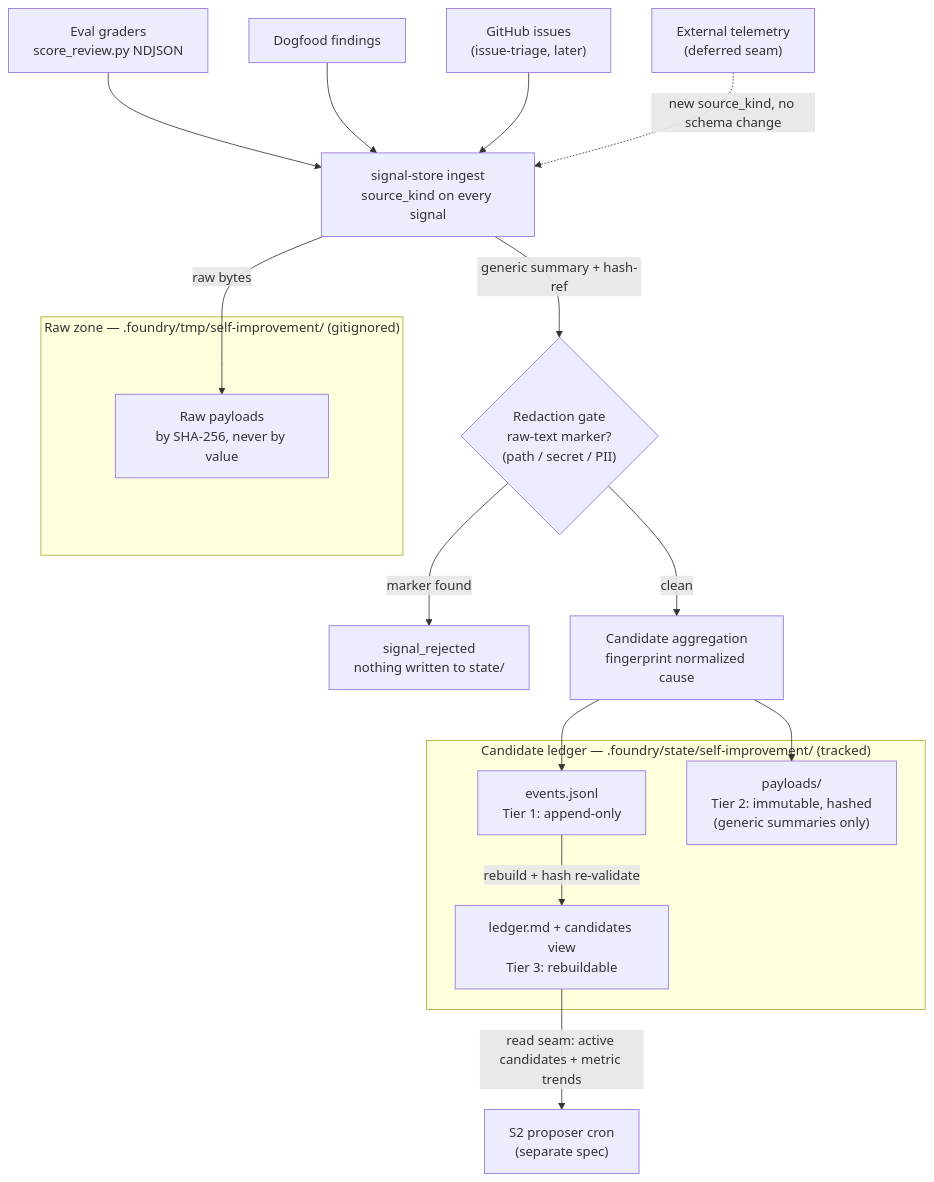
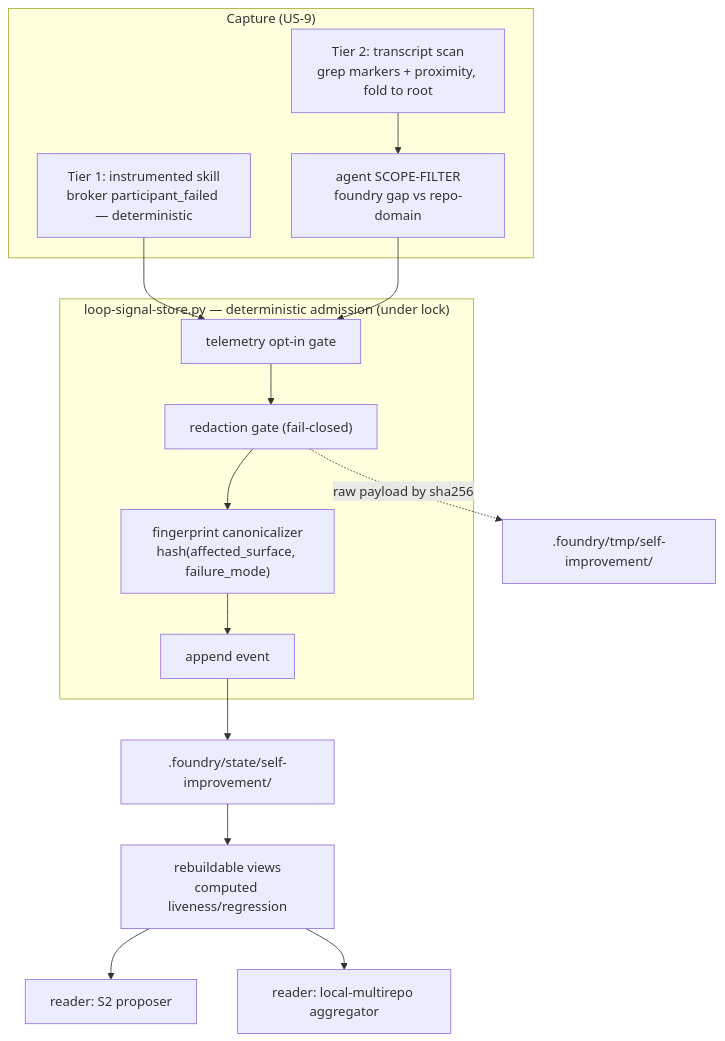
The first of 3 diagrams in roadmap/specs/loop-signal-store/design.md (bmransom/foundry), drawn with Mermaid before and after one commit. The commit also changed other lines of this file and 7 other files, not shown here.

````diff
--- a/roadmap/specs/loop-signal-store/design.md
+++ b/roadmap/specs/loop-signal-store/design.md
@@ -39,39 +39,23 @@
 ```mermaid
-flowchart TB
-    eval["Eval graders<br/>score_review.py NDJSON"]
-    dogfood["Dogfood findings"]
-    issue["GitHub issues<br/>(issue-triage, later)"]
-    telemetry["External telemetry<br/>(deferred seam)"]
-
-    eval --> ingest
-    dogfood --> ingest
-    issue --> ingest
-    telemetry -.->|"new source_kind, no schema change"| ingest
-
-    ingest["signal-store ingest<br/>source_kind on every signal"]
-
-    subgraph rawZone["Raw zone — .foundry/tmp/self-improvement/ (gitignored)"]
-        rawPayloads["Raw payloads<br/>by SHA-256, never by value"]
-    end
-
-    ingest -->|"raw bytes"| rawPayloads
-    ingest -->|"generic summary + hash-ref"| gate
-
-    gate{"Redaction gate<br/>raw-text marker?<br/>(path / secret / PII)"}
-    gate -->|"marker found"| rejected["signal_rejected<br/>nothing written to state/"]
-    gate -->|"clean"| aggregate
-
-    aggregate["Candidate aggregation<br/>fingerprint normalized cause"]
-
-    subgraph committed["Candidate ledger — .foundry/state/self-improvement/ (tracked)"]
-        events["events.jsonl<br/>Tier 1: append-only"]
-        payloads["payloads/<br/>Tier 2: immutable, hashed<br/>(generic summaries only)"]
-        views["ledger.md + candidates view<br/>Tier 3: rebuildable"]
-    end
-
-    aggregate --> events
-    aggregate --> payloads
-    events -->|"rebuild + hash re-validate"| views
-
-    views -->|"read seam: active candidates + metric trends"| proposer["S2 proposer cron<br/>(separate spec)"]
+flowchart TD
+  subgraph capture["Capture (US-9)"]
+    T1["Tier 1: instrumented skill<br/>broker participant_failed — deterministic"]
+    T2n["Tier 2: transcript scan<br/>grep markers + proximity, fold to root"]
+    T2f["agent SCOPE-FILTER<br/>foundry gap vs repo-domain"]
+    T2n --> T2f
+  end
+  subgraph cli["loop-signal-store.py — deterministic admission (under lock)"]
+    tel["telemetry opt-in gate"]
+    redact["redaction gate (fail-closed)"]
+    fp["fingerprint canonicalizer<br/>hash(affected_surface, failure_mode)"]
+    appnd["append event"]
+    tel --> redact --> fp --> appnd
+  end
+  T1 --> tel
+  T2f --> tel
+  redact -. "raw payload by sha256" .-> raw[".foundry/tmp/self-improvement/"]
+  appnd --> state[".foundry/state/self-improvement/"]
+  state --> views["rebuildable views<br/>computed liveness/regression"]
+  views --> s2["reader: S2 proposer"]
+  views --> agg["reader: local-multirepo aggregator"]
 ```
````
